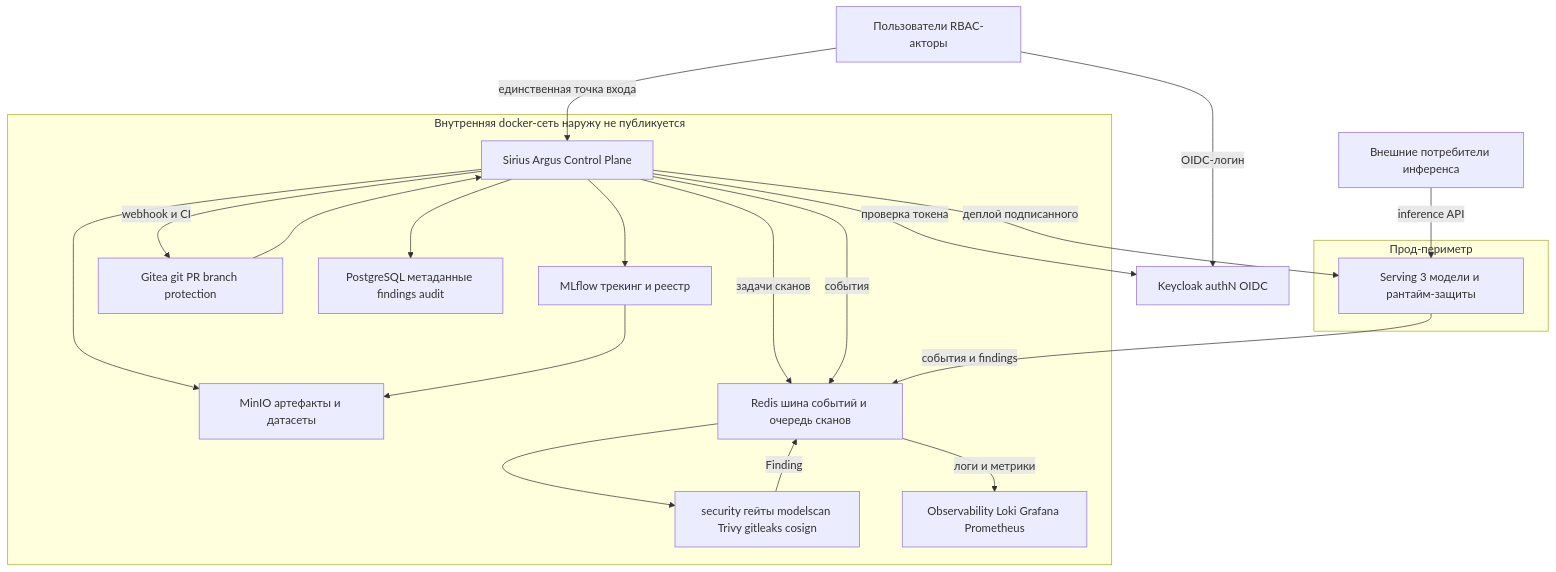
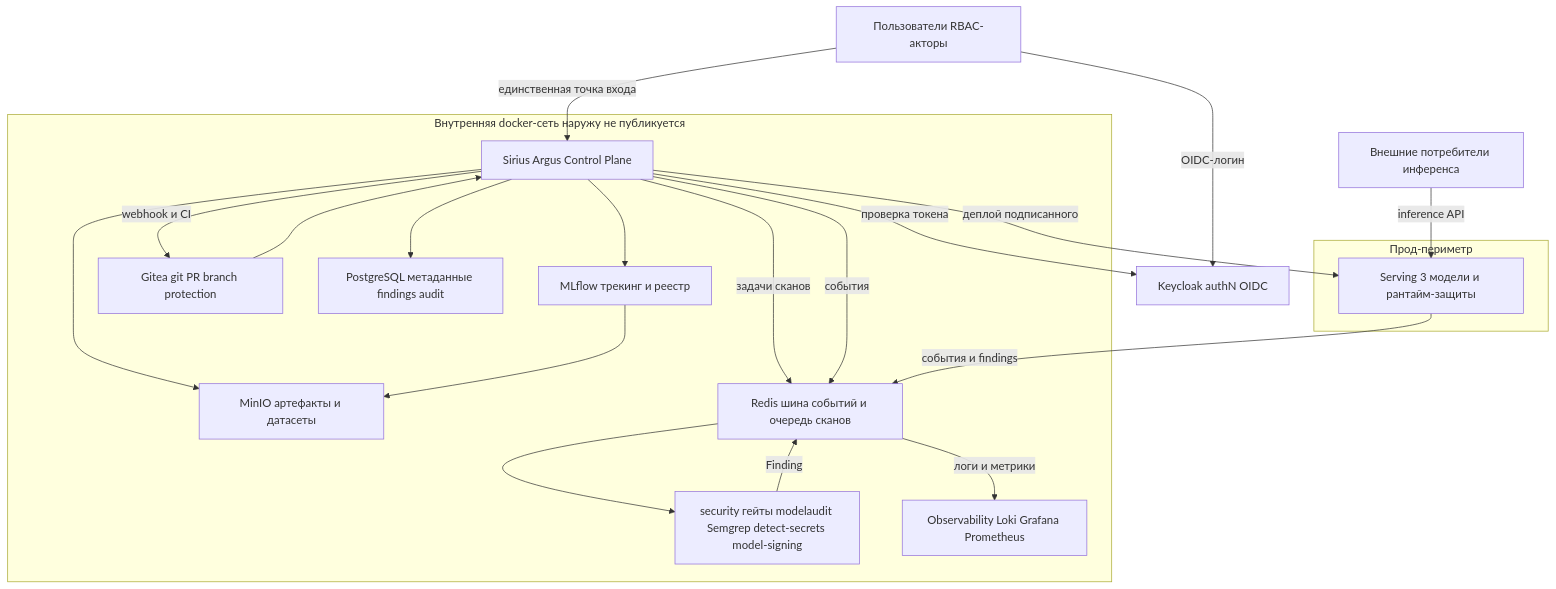
Before and after one commit to dmagog/Sirius-Argus: the second of 8 diagrams in docs/architecture.md, drawn with Mermaid. The commit also changed other lines of this file and 3 other files, not shown here.

First line of the commit message:
docs: вымести устаревшие решения (picklescan/modelscan/Ed25519/cosign → modelaudit/model-signing)

````diff
--- a/docs/architecture.md
+++ b/docs/architecture.md
@@ -75,36 +75,36 @@
 ```mermaid
 flowchart TB
     U[Пользователи RBAC-акторы]
     CONS[Внешние потребители инференса]
     KC[Keycloak authN OIDC]
     subgraph INT[Внутренняя docker-сеть наружу не публикуется]
         CP[Sirius Argus Control Plane]
         ML[MLflow трекинг и реестр]
         MO[MinIO артефакты и датасеты]
         GT[Gitea git PR branch protection]
         PG[PostgreSQL метаданные findings audit]
-        SEC[security гейты modelscan Trivy gitleaks cosign]
+        SEC[security гейты modelaudit Semgrep detect-secrets model-signing]
         BUS[Redis шина событий и очередь сканов]
         OBS[Observability Loki Grafana Prometheus]
     end
     subgraph PRODSG[Прод-периметр]
         SV[Serving 3 модели и рантайм-защиты]
     end
     U -->|OIDC-логин| KC
     U -->|единственная точка входа| CP
     CP -->|проверка токена| KC
     CP --> ML
     CP --> MO
     CP --> PG
     CP -->|webhook и CI| GT
     GT --> CP
     CP -->|задачи сканов| BUS
     BUS --> SEC
     SEC -->|Finding| BUS
     CP -->|события| BUS
     BUS -->|логи и метрики| OBS
     ML --> MO
     CP -->|деплой подписанного| SV
     SV -->|события и findings| BUS
     CONS -->|inference API| SV
 ```
````
